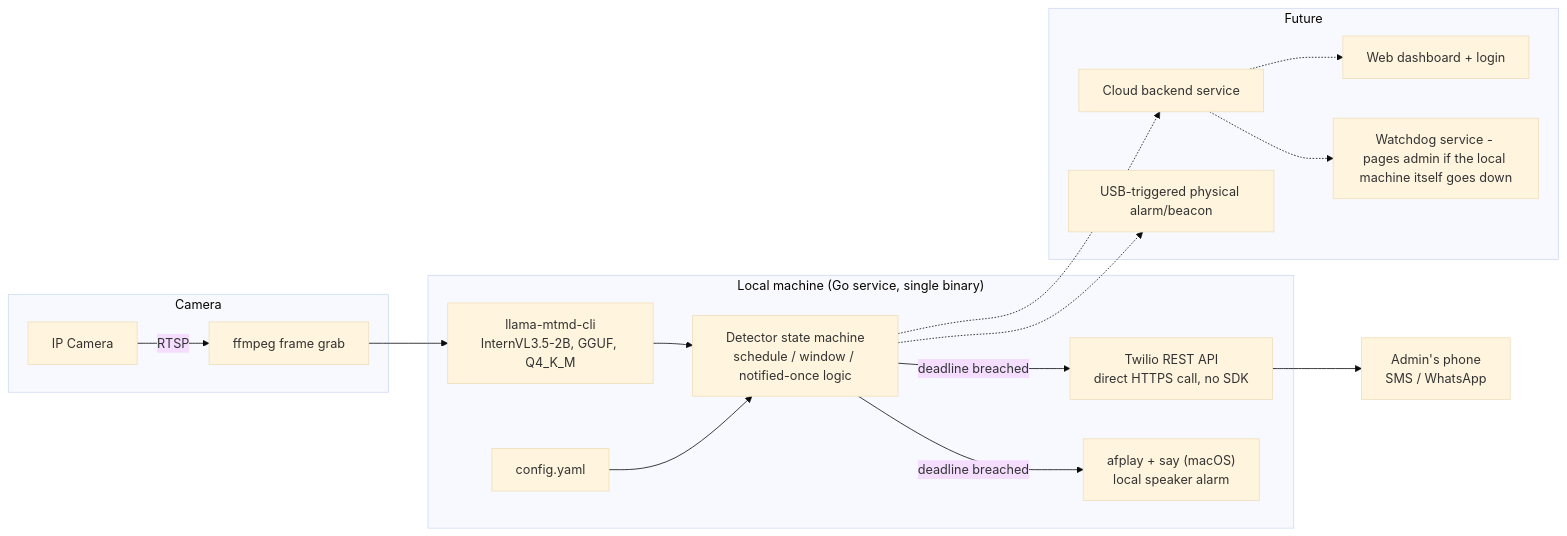
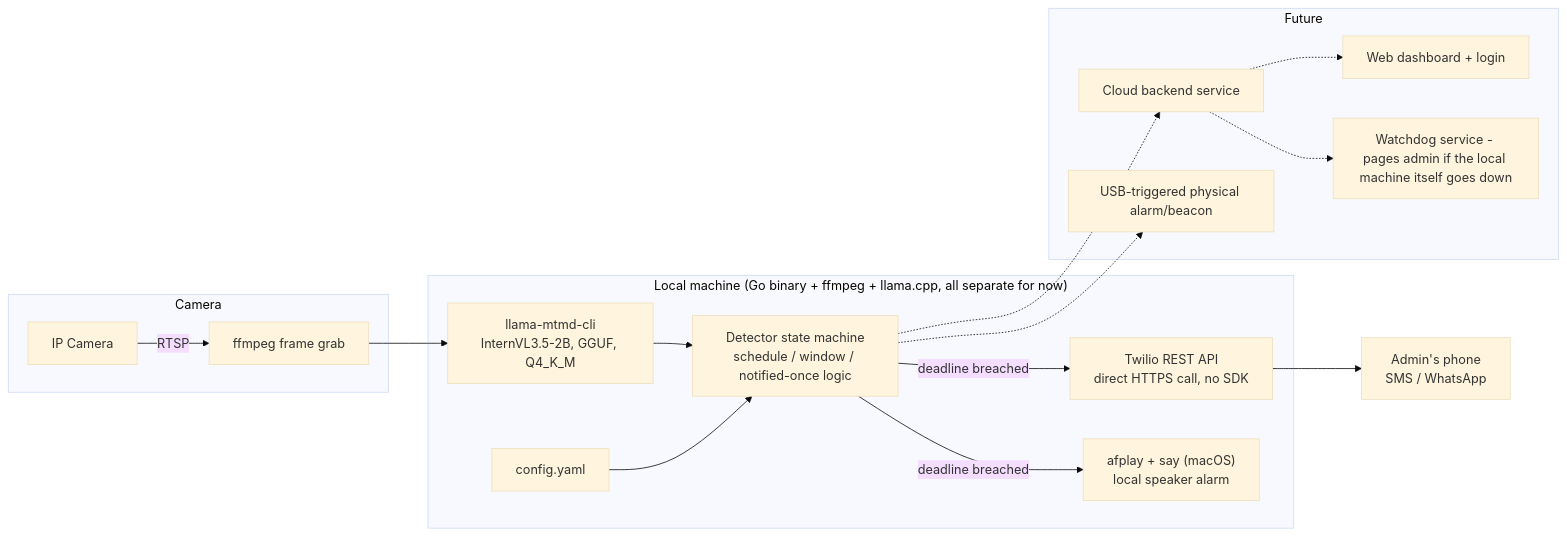
Before and after one commit to sid92/sanddune: the second of 2 diagrams in README.md, drawn with Mermaid (base theme). The commit also changed other lines of this file, not shown here.

````diff
--- a/README.md
+++ b/README.md
@@ -43,25 +44,25 @@
 ```mermaid
 flowchart LR
     subgraph cam[Camera]
       Cam[IP Camera] -- RTSP --> FF
     end
-    subgraph local["Local machine (Go service, single binary)"]
+    subgraph local["Local machine (Go binary + ffmpeg + llama.cpp, all separate for now)"]
       FF[ffmpeg frame grab] --> VLM["llama-mtmd-cli<br/>InternVL3.5-2B, GGUF, Q4_K_M"]
       VLM --> Det[Detector state machine<br/>schedule / window / notified-once logic]
       Cfg[config.yaml] --> Det
       Det -->|deadline breached| Tw[Twilio REST API<br/>direct HTTPS call, no SDK]
       Det -->|deadline breached| Spk["afplay + say (macOS)<br/>local speaker alarm"]
     end
     Tw --> Admin[Admin's phone<br/>SMS / WhatsApp]
 
     subgraph future[Future]
       Dash[Web dashboard + login]
       Backend[Cloud backend service]
       USB[USB-triggered physical alarm/beacon]
       Watchdog[Watchdog service - pages admin if the local machine itself goes down]
     end
     Det -.-> Backend
     Backend -.-> Dash
     Det -.-> USB
     Backend -.-> Watchdog
 ```
````
